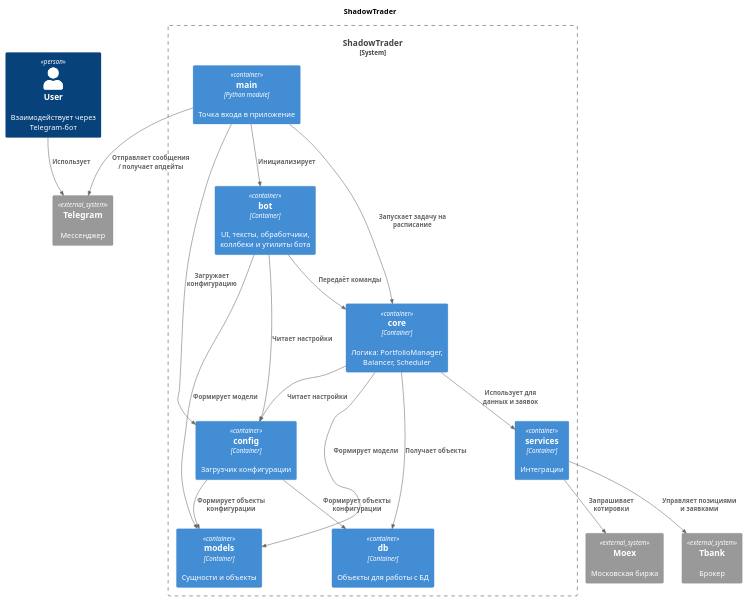
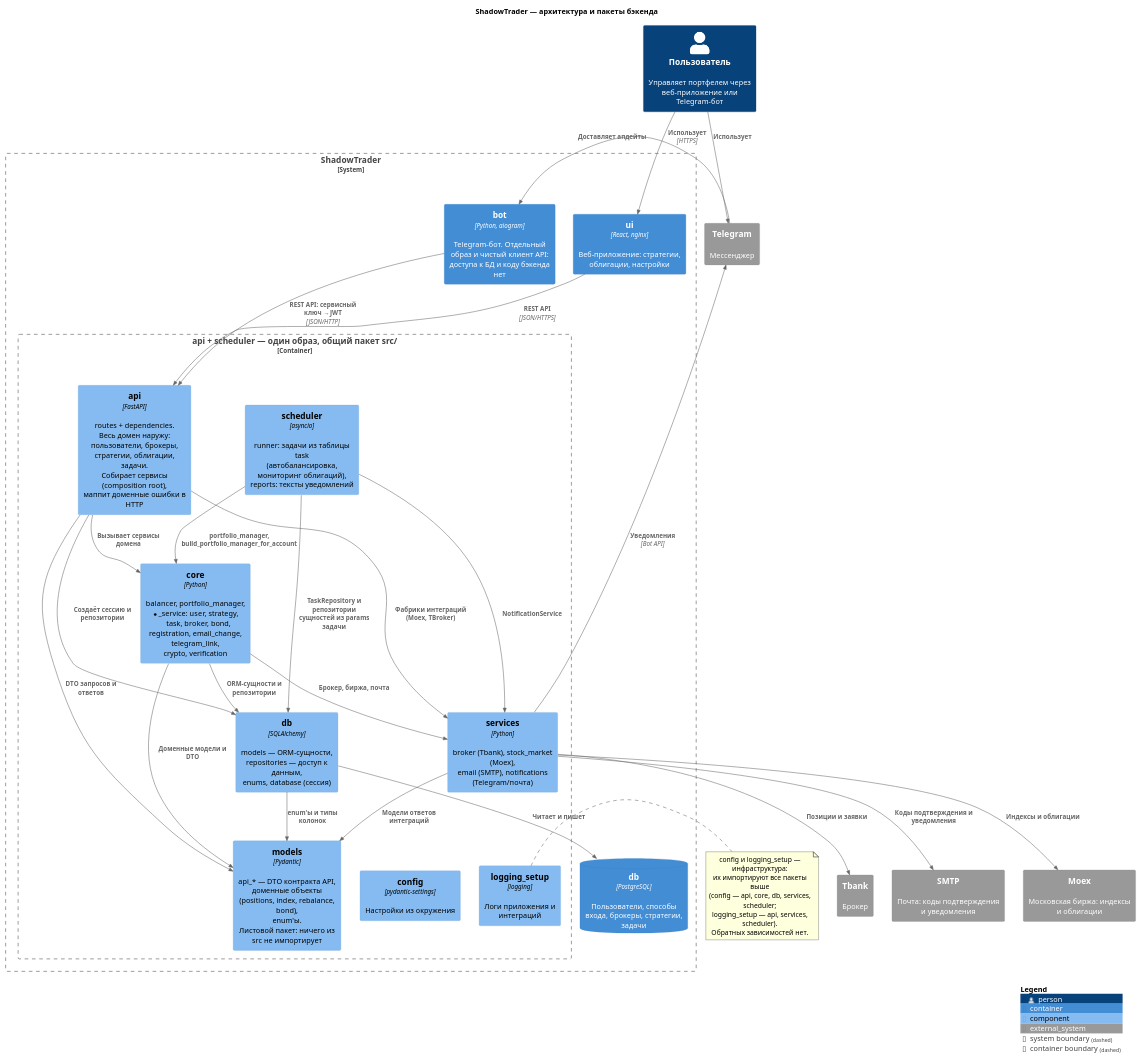
One commit to LevBaranov/ShadowTrader changed the diagram in docs/diagrams/architecture.puml. Above: the diagram before and after it, drawn with PlantUML. The commit also changed 171 other files, not shown here.

Commit message:
Существенно переделана логика работы сервиса на использование UI.

```diff
--- a/docs/diagrams/architecture.puml
+++ b/docs/diagrams/architecture.puml
@@ -1,51 +1,96 @@
 @startuml
-!include https://raw.githubusercontent.com/plantuml-stdlib/C4-PlantUML/master/C4_Container.puml
+!include https://raw.githubusercontent.com/plantuml-stdlib/C4-PlantUML/master/C4_Component.puml
 
-title ShadowTrader
+title ShadowTrader — архитектура и пакеты бэкенда
 
-Person(user, "User", "Взаимодействует через Telegram-бот")
+' Одна схема на два уровня: снаружи — контейнеры и внешние системы, внутри
+' рамки бэкенда — пакеты src/ (api и scheduler собираются из одного образа и
+' делят этот пакет). Между пакетами направление стрелки = направление импорта,
+' циклов нет. Внешние вызовы (Moex, Tbank, SMTP, Telegram) идут из пакета
+' services — там живут все интеграции.
+
+Person(user, "Пользователь", "Управляет портфелем через веб-приложение или Telegram-бот")
 
 System_Boundary(app, "ShadowTrader") {
 
-    Container(main, "main", "Python module", "Точка входа в приложение")
+    Container(ui, "ui", "React, nginx", "Веб-приложение: стратегии, облигации, настройки")
 
-    Container(bot, "bot", "Container", "UI, тексты, обработчики, коллбеки и утилиты бота")
+    Container(bot, "bot", "Python, aiogram", "Telegram-бот. Отдельный образ и чистый клиент API: доступа к БД и коду бэкенда нет")
 
-    Container(core, "core", "Container", "Логика: PortfolioManager, Balancer, Scheduler")
+    Container_Boundary(backend, "api + scheduler — один образ, общий пакет src/") {
 
-    Container(services, "services", "Container", "Интеграции")
+        Component(api, "api", "FastAPI", "routes + dependencies.\nВесь домен наружу: пользователи, брокеры,\nстратегии, облигации, задачи.\nСобирает сервисы (composition root),\nмаппит доменные ошибки в HTTP")
 
-    Container(config, "config", "Container", "Загрузчик конфигурации")
+        Component(scheduler, "scheduler", "asyncio", "runner: задачи из таблицы task\n(автобалансировка, мониторинг облигаций),\nreports: тексты уведомлений")
 
-    Container(models, "models", "Container", "Сущности и объекты")
-    Container(db, "db", "Container", "Объекты для работы с БД")
+        Component(core, "core", "Python", "balancer, portfolio_manager,\n*_service: user, strategy, task, broker, bond,\nregistration, email_change, telegram_link,\ncrypto, verification")
+
+        Component(dbpkg, "db", "SQLAlchemy", "models — ORM-сущности,\nrepositories — доступ к данным,\nenums, database (сессия)")
+
+        Component(services, "services", "Python", "broker (Tbank), stock_market (Moex),\nemail (SMTP), notifications (Telegram/почта)")
+
+        Component(models, "models", "Pydantic", "api_* — DTO контракта API,\nдоменные объекты (positions, index, rebalance, bond),\nenum'ы.\nЛистовой пакет: ничего из src не импортирует")
+
+        Component(config, "config", "pydantic-settings", "Настройки из окружения")
+
+        Component(logging_setup, "logging_setup", "logging", "Логи приложения и интеграций")
+    }
+
+    ContainerDb(db, "db", "PostgreSQL", "Пользователи, способы входа, брокеры, стратегии, задачи")
 }
 
-' Внешние системы (облачка)
+' Внешние системы
 System_Ext(telegram, "Telegram", "Мессенджер")
-System_Ext(moex, "Moex", "Московская биржа")
+System_Ext(smtp, "SMTP", "Почта: коды подтверждения и уведомления")
+System_Ext(moex, "Moex", "Московская биржа: индексы и облигации")
 System_Ext(tbank, "Tbank", "Брокер")
 
-' Связи
+' Пользователь и клиенты
+Rel(user, ui, "Использует", "HTTPS")
 Rel(user, telegram, "Использует")
-Rel(main, telegram, "Отправляет сообщения / получает апдейты")
+Rel(telegram, bot, "Доставляет апдейты")
 
-Rel(main, bot, "Инициализирует")
-Rel(main, core, "Запускает задачу на расписание")
-Rel(main, config, "Загружает конфигурацию")
+Rel(ui, api, "REST API", "JSON/HTTPS")
+Rel(bot, api, "REST API: сервисный ключ → JWT", "JSON/HTTP")
 
-Rel(bot, core, "Передаёт команды")
-Rel(bot, config, "Читает настройки")
-Rel(bot, models, "Формирует модели")
+' Точки входа → домен и ниже (направление импорта)
+Rel_D(api, core, "Вызывает сервисы домена")
+Rel_D(api, dbpkg, "Создаёт сессию и репозитории")
+Rel_D(api, services, "Фабрики интеграций (Moex, TBroker)")
+Rel_D(api, models, "DTO запросов и ответов")
 
-Rel(core, services, "Использует для данных и заявок")
-Rel(core, config, "Читает настройки")
-Rel(core, models, "Формирует модели")
-Rel(core, db, "Получает объекты")
-Rel(config, models, "Формирует объекты конфигурации")
-Rel(config, db, "Формирует объекты конфигурации")
+Rel_D(scheduler, core, "portfolio_manager,\nbuild_portfolio_manager_for_account")
+Rel_D(scheduler, dbpkg, "TaskRepository и репозитории\nсущностей из params задачи")
+Rel_D(scheduler, services, "NotificationService")
 
-Rel(services, moex, "Запрашивает котировки")
-Rel(services, tbank, "Управляет позициями и заявками")
+' Домен → данные, интеграции, модели
+Rel_D(core, dbpkg, "ORM-сущности и репозитории")
+Rel_D(core, services, "Брокер, биржа, почта")
+Rel_D(core, models, "Доменные модели и DTO")
 
+' Данные и интеграции → модели
+Rel_D(dbpkg, models, "enum'ы и типы колонок")
+Rel_D(services, models, "Модели ответов интеграций")
+
+' Наружу из бэкенда
+Rel(dbpkg, db, "Читает и пишет")
+Rel(services, moex, "Индексы и облигации")
+Rel(services, tbank, "Позиции и заявки")
+Rel(services, smtp, "Коды подтверждения и уведомления")
+Rel(services, telegram, "Уведомления", "Bot API")
+
+' Чтобы не плодить стрелки от каждого пакета — общее правило.
+note right of logging_setup
+  config и logging_setup — инфраструктура:
+  их импортируют все пакеты выше
+  (config — api, core, db, services, scheduler;
+  logging_setup — api, services, scheduler).
+  Обратных зависимостей нет.
+end note
+
+Lay_R(dbpkg, services)
+Lay_R(models, config)
+Lay_R(config, logging_setup)
+
+SHOW_LEGEND()
 @enduml
```
